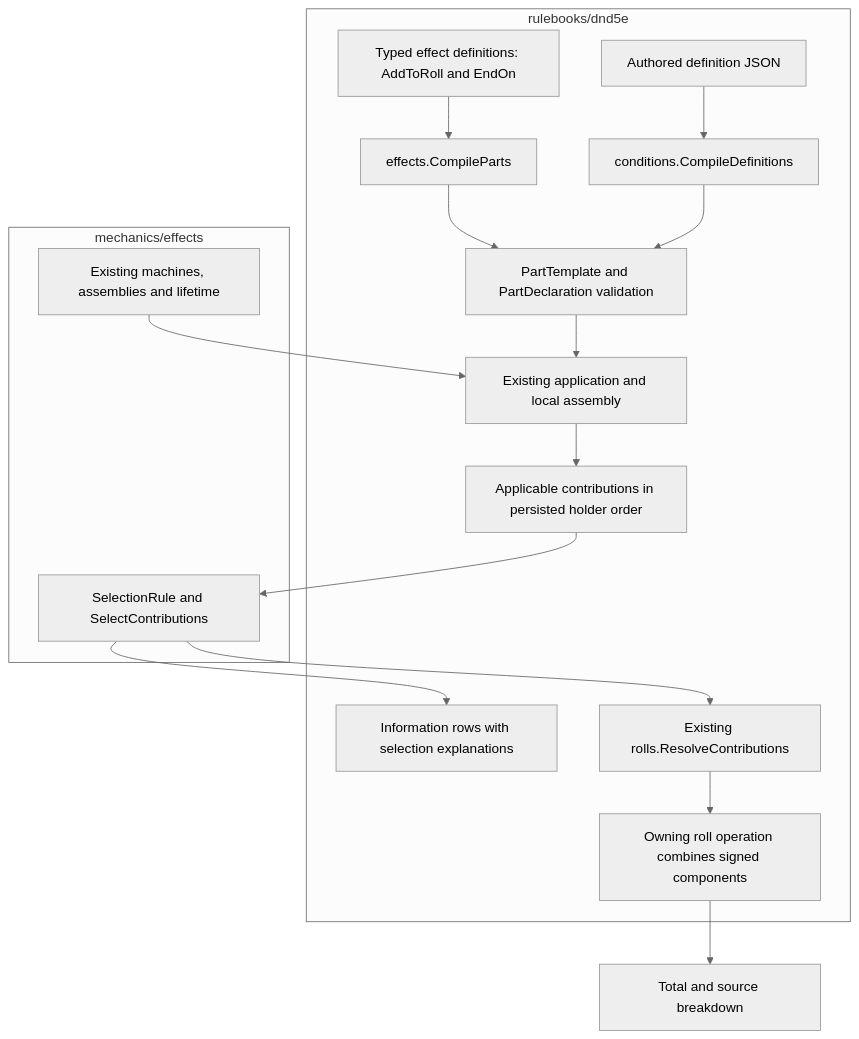
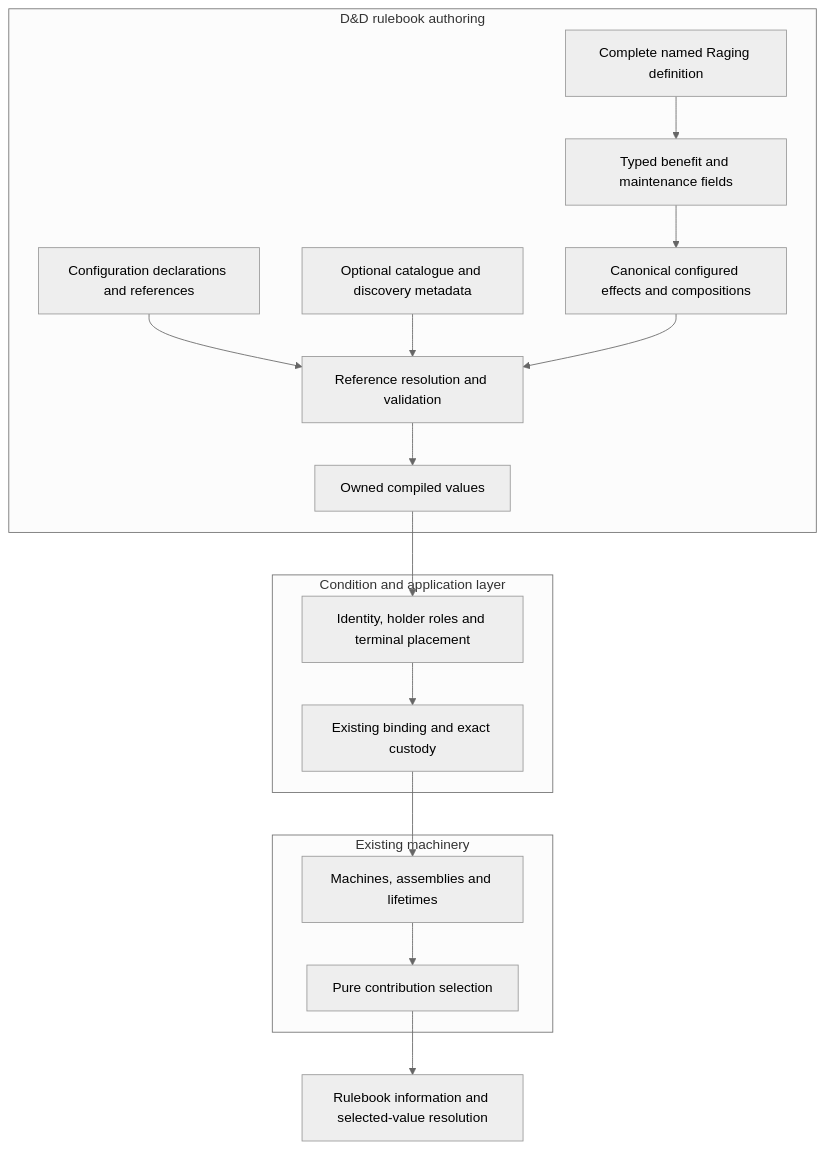
One commit to KirkDiggler/rpg-toolkit changed the diagram in docs/ideas/bless-bane-building-blocks/README.md. Above: the diagram before and after it, drawn with Mermaid (neutral theme). The commit also changed other lines of this file and 6 other files, not shown here.

First line of the commit message:
docs: recast the foundation as effect-first definitions and compositions

````diff
--- a/docs/ideas/bless-bane-building-blocks/README.md
+++ b/docs/ideas/bless-bane-building-blocks/README.md
@@ -7,21 +7,20 @@
 ```mermaid
 flowchart TD
-    subgraph DND[rulebooks/dnd5e]
-      Go[Typed effect definitions: AddToRoll and EndOn] --> Parts[effects.CompileParts]
-      Data[Authored definition JSON] --> Library[conditions.CompileDefinitions]
-      Parts --> Template[PartTemplate and PartDeclaration validation]
-      Library --> Template
-      Template --> Apply[Existing application and local assembly]
-      Apply --> Candidates[Applicable contributions in persisted holder order]
-      Info[Information rows with selection explanations]
-      Dice[Existing rolls.ResolveContributions] --> Fold[Owning roll operation combines signed components]
+    subgraph Rulebook[D&D rulebook authoring]
+      Named[Complete named Raging definition] --> Fields[Typed benefit and maintenance fields]
+      Fields --> Values[Canonical configured effects and compositions]
+      Config[Configuration declarations and references] --> Resolve[Reference resolution and validation]
+      Catalogue[Optional catalogue and discovery metadata] --> Resolve
+      Values --> Resolve
+      Resolve --> Compiled[Owned compiled values]
     end
-    subgraph Neutral[mechanics/effects]
-      Pick[SelectionRule and SelectContributions]
-      Runtime[Existing machines, assemblies and lifetime] --> Apply
+    subgraph Host[Condition and application layer]
+      Compiled --> Placement[Identity, holder roles and terminal placement]
+      Placement --> Binding[Existing binding and exact custody]
     end
-    Candidates --> Pick
-    Pick --> Info
-    Pick --> Dice
-    Fold --> Result[Total and source breakdown]
+    subgraph Neutral[Existing machinery]
+      Binding --> Runtime[Machines, assemblies and lifetimes]
+      Runtime --> Selection[Pure contribution selection]
+    end
+    Selection --> Info[Rulebook information and selected-value resolution]
 ```
````
